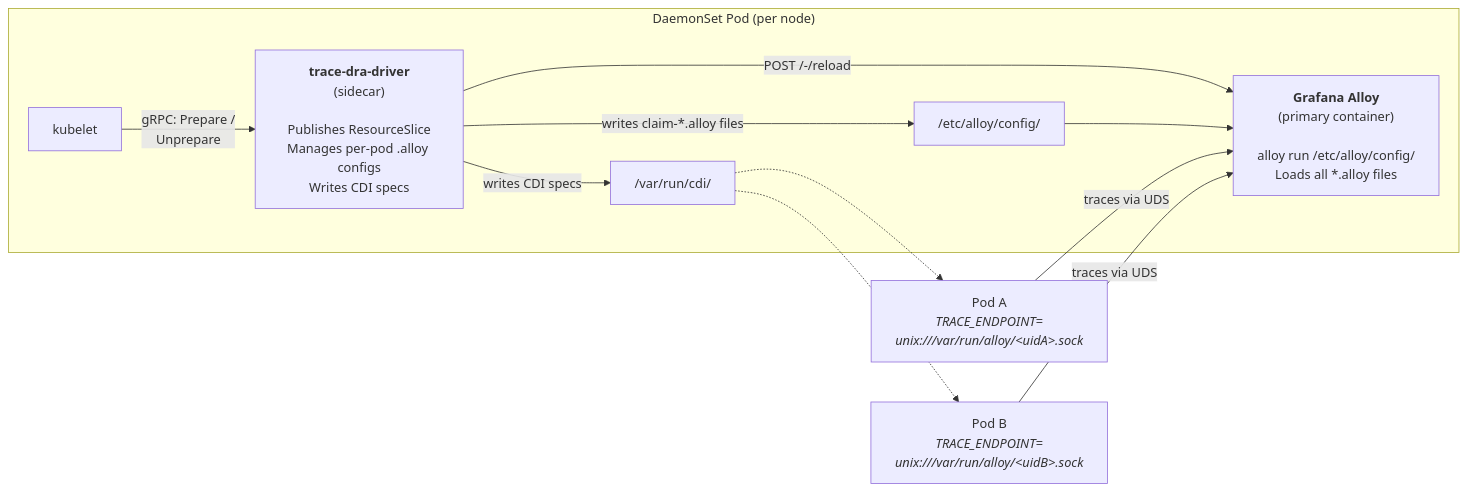
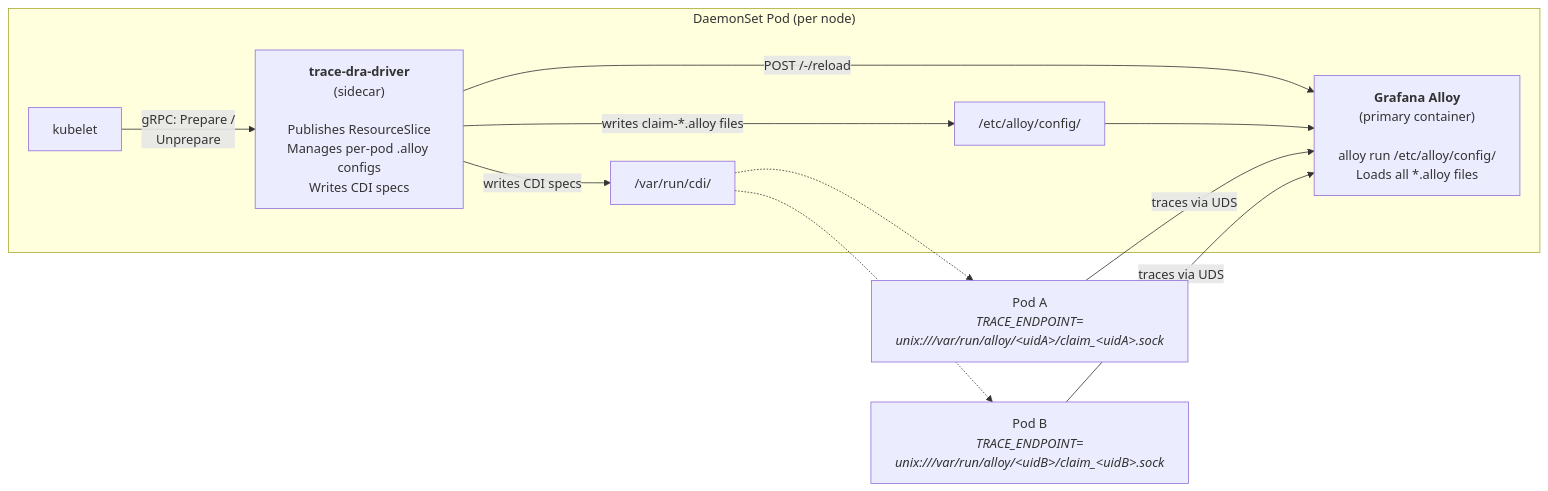
The first of 4 diagrams in specs/001-alloy-listener-management.md (abhinavdahiya/k8s-dra-driver-trace-collector), drawn with Mermaid before and after one commit. The commit also changed other lines of this file and 7 other files, not shown here.

First line of the commit message:
Sync spec diagrams and text with code after refactoring

````diff
--- a/specs/001-alloy-listener-management.md
+++ b/specs/001-alloy-listener-management.md
@@ -88,25 +88,25 @@
 ```mermaid
 graph LR
     subgraph "DaemonSet Pod (per node)"
         K[kubelet] -- "gRPC: Prepare /<br/>Unprepare" --> D
 
         D["<b>trace-dra-driver</b><br/>(sidecar)<br/><br/>Publishes ResourceSlice<br/>Manages per-pod .alloy configs<br/>Writes CDI specs"]
 
         A["<b>Grafana Alloy</b><br/>(primary container)<br/><br/>alloy run /etc/alloy/config/<br/>Loads all *.alloy files"]
 
         D -- "writes claim-*.alloy files" --> CV["/etc/alloy/config/"]
         D -- "POST /-/reload" --> A
         D -- "writes CDI specs" --> CDI["/var/run/cdi/"]
 
         CV --> A
     end
 
-    P1["Pod A<br/><i>TRACE_ENDPOINT=<br/>unix:///var/run/alloy/&lt;uidA&gt;.sock</i>"]
-    P2["Pod B<br/><i>TRACE_ENDPOINT=<br/>unix:///var/run/alloy/&lt;uidB&gt;.sock</i>"]
+    P1["Pod A<br/><i>TRACE_ENDPOINT=<br/>unix:///var/run/alloy/&lt;uidA&gt;/claim_&lt;uidA&gt;.sock</i>"]
+    P2["Pod B<br/><i>TRACE_ENDPOINT=<br/>unix:///var/run/alloy/&lt;uidB&gt;/claim_&lt;uidB&gt;.sock</i>"]
 
     CDI -.-> P1
     CDI -.-> P2
 
     P1 -- "traces via UDS" --> A
     P2 -- "traces via UDS" --> A
 ```
````
